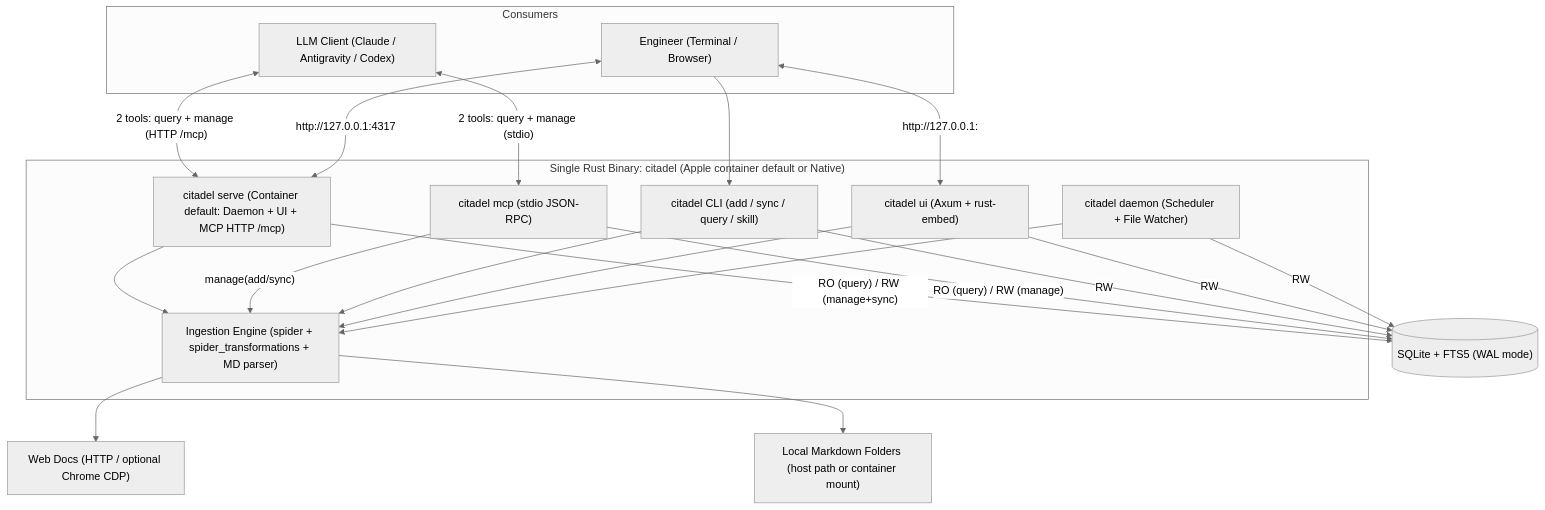
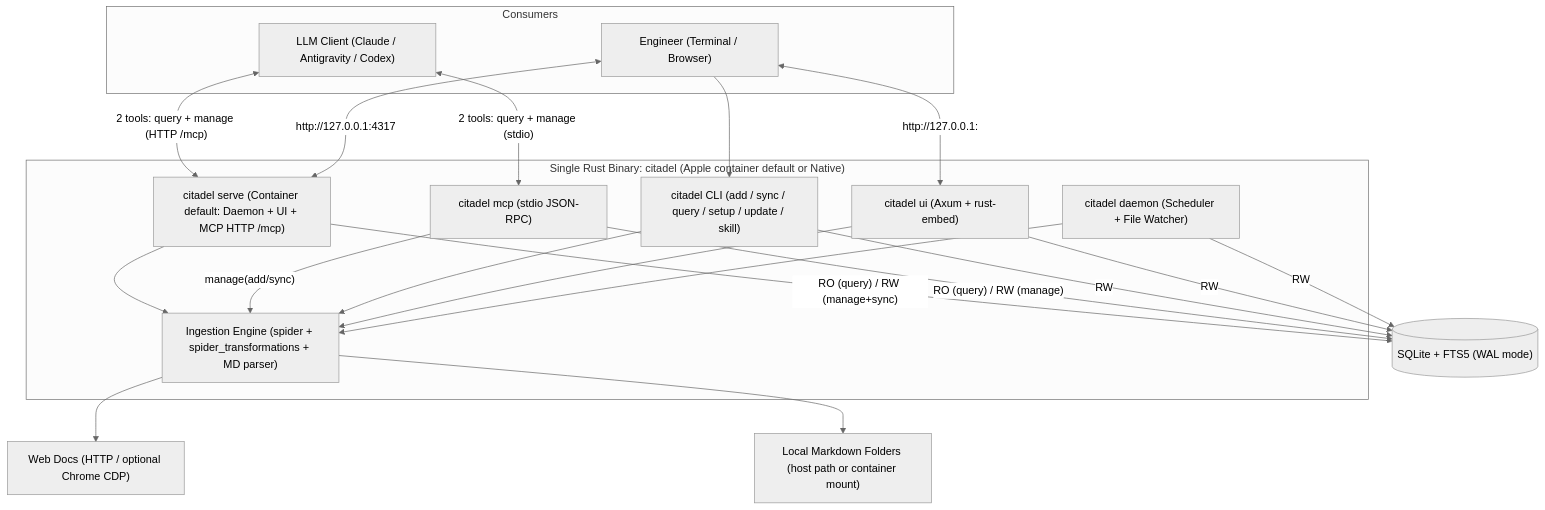
Before and after one commit to MaximeBeretvas/citadel: the diagram in Docs/SPEC.md, drawn with Mermaid (neutral theme). The commit also changed other lines of this file and 7 other files, not shown here.

````diff
--- a/Docs/SPEC.md
+++ b/Docs/SPEC.md
@@ -15,40 +15,40 @@
 ```mermaid
 flowchart TB
     subgraph Clients["Consumers"]
         LLM["LLM Client (Claude / Antigravity / Codex)"]
         User["Engineer (Terminal / Browser)"]
     end
 
     subgraph Binary["Single Rust Binary: citadel (Apple container default or Native)"]
         Serve["citadel serve (Container default: Daemon + UI + MCP HTTP /mcp)"]
         MCP["citadel mcp (stdio JSON-RPC)"]
-        CLI["citadel CLI (add / sync / query / skill)"]
+        CLI["citadel CLI (add / sync / query / setup / update / skill)"]
         UI["citadel ui (Axum + rust-embed)"]
         Daemon["citadel daemon (Scheduler + File Watcher)"]
         Crawler["Ingestion Engine (spider + spider_transformations + MD parser)"]
     end
 
     DB[("SQLite + FTS5 (WAL mode)")]
     Web["Web Docs (HTTP / optional Chrome CDP)"]
     Local["Local Markdown Folders (host path or container mount)"]
 
     LLM <-->|"2 tools: query + manage (HTTP /mcp)"| Serve
     LLM <-->|"2 tools: query + manage (stdio)"| MCP
     User --> CLI
     User <-->|"http://127.0.0.1:4317"| Serve
     User <-->|"http://127.0.0.1:<port>"| UI
 
     Serve -->|"RO (query) / RW (manage+sync)"| DB
     MCP -->|"RO (query) / RW (manage)"| DB
     CLI -->|"RW"| DB
     UI -->|"RW"| DB
     Daemon -->|"RW"| DB
 
     Serve --> Crawler
     MCP -->|"manage(add/sync)"| Crawler
     CLI --> Crawler
     UI --> Crawler
     Daemon --> Crawler
     Crawler --> Web
     Crawler --> Local
 ```
````
